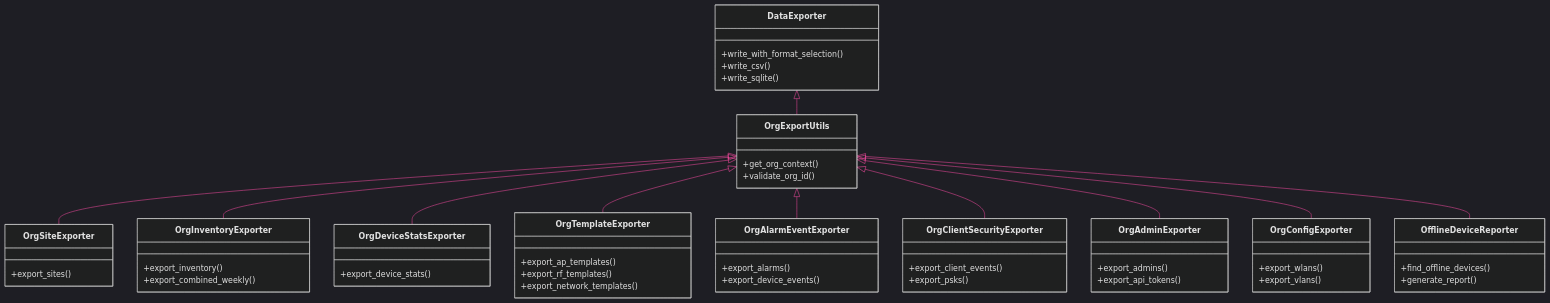
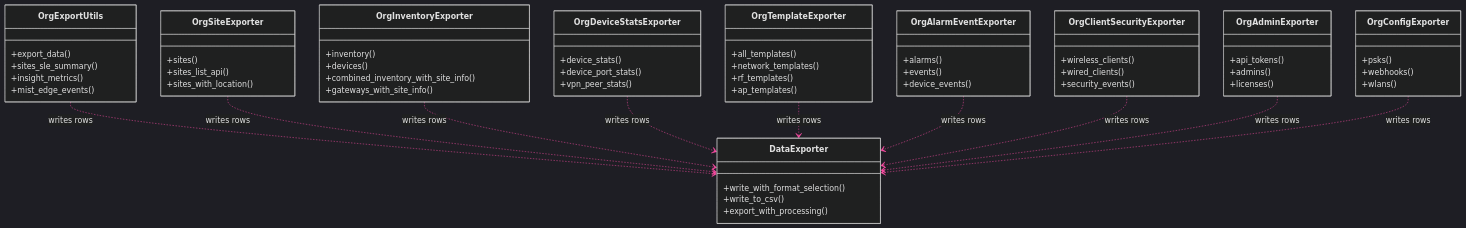
The first of 3 diagrams in documentation/diagrams/class-hierarchy/exporters.md (jmorrison-juniper/MistHelper), drawn with Mermaid before and after one commit. The commit also changed other lines of this file and 110 other files, not shown here.

````diff
--- a/documentation/diagrams/class-hierarchy/exporters.md
+++ b/documentation/diagrams/class-hierarchy/exporters.md
@@ -9,71 +11,78 @@
 ```mermaid
 %%{init: {'theme': 'dark', 'themeVariables': {
   'primaryColor': '#E20074',
   'primaryTextColor': '#E0E0E0',
   'primaryBorderColor': '#99004D',
   'lineColor': '#FF4DA6',
   'secondaryColor': '#16213E',
   'tertiaryColor': '#1A1A2E',
   'fontFamily': 'ui-monospace, monospace'
 }}}%%
 classDiagram
     direction TB
 
     class DataExporter {
         +write_with_format_selection()
-        +write_csv()
-        +write_sqlite()
+        +write_to_csv()
+        +export_with_processing()
     }
 
     class OrgExportUtils {
-        +get_org_context()
-        +validate_org_id()
+        +export_data()
+        +sites_sle_summary()
+        +insight_metrics()
+        +mist_edge_events()
+    }
+    class OrgSiteExporter {
+        +sites()
+        +sites_list_api()
+        +sites_with_location()
+    }
+    class OrgInventoryExporter {
+        +inventory()
+        +devices()
+        +combined_inventory_with_site_info()
+        +gateways_with_site_info()
+    }
+    class OrgDeviceStatsExporter {
+        +device_stats()
+        +device_port_stats()
+        +vpn_peer_stats()
+    }
+    class OrgTemplateExporter {
+        +all_templates()
+        +network_templates()
+        +rf_templates()
+        +ap_templates()
+    }
+    class OrgAlarmEventExporter {
+        +alarms()
+        +events()
+        +device_events()
+    }
+    class OrgClientSecurityExporter {
+        +wireless_clients()
+        +wired_clients()
+        +security_events()
+    }
+    class OrgAdminExporter {
+        +api_tokens()
+        +admins()
+        +licenses()
+    }
+    class OrgConfigExporter {
+        +psks()
+        +webhooks()
+        +wlans()
     }
 
-    class OrgSiteExporter {
-        +export_sites()
-    }
-    class OrgInventoryExporter {
-        +export_inventory()
-        +export_combined_weekly()
-    }
-    class OrgDeviceStatsExporter {
-        +export_device_stats()
-    }
-    class OrgTemplateExporter {
-        +export_ap_templates()
-        +export_rf_templates()
-        +export_network_templates()
-    }
-    class OrgAlarmEventExporter {
-        +export_alarms()
-        +export_device_events()
-    }
-    class OrgClientSecurityExporter {
-        +export_client_events()
-        +export_psks()
-    }
-    class OrgAdminExporter {
-        +export_admins()
-        +export_api_tokens()
-    }
-    class OrgConfigExporter {
-        +export_wlans()
-        +export_vlans()
-    }
-    class OfflineDeviceReporter {
-        +find_offline_devices()
-        +generate_report()
-    }
-
-    DataExporter <|-- OrgExportUtils
-    OrgExportUtils <|-- OrgSiteExporter
-    OrgExportUtils <|-- OrgInventoryExporter
-    OrgExportUtils <|-- OrgDeviceStatsExporter
-    OrgExportUtils <|-- OrgTemplateExporter
-    OrgExportUtils <|-- OrgAlarmEventExporter
-    OrgExportUtils <|-- OrgClientSecurityExporter
-    OrgExportUtils <|-- OrgAdminExporter
-    OrgExportUtils <|-- OrgConfigExporter
-    OrgExportUtils <|-- OfflineDeviceReporter
+    OrgExportUtils ..> DataExporter : writes rows
+    OrgSiteExporter ..> DataExporter : writes rows
+    OrgInventoryExporter ..> DataExporter : writes rows
+    OrgDeviceStatsExporter ..> DataExporter : writes rows
+    OrgTemplateExporter ..> DataExporter : writes rows
+    OrgAlarmEventExporter ..> DataExporter : writes rows
+    OrgClientSecurityExporter ..> DataExporter : writes rows
+    OrgAdminExporter ..> DataExporter : writes rows
+    OrgConfigExporter ..> DataExporter : writes rows
 ```
````
